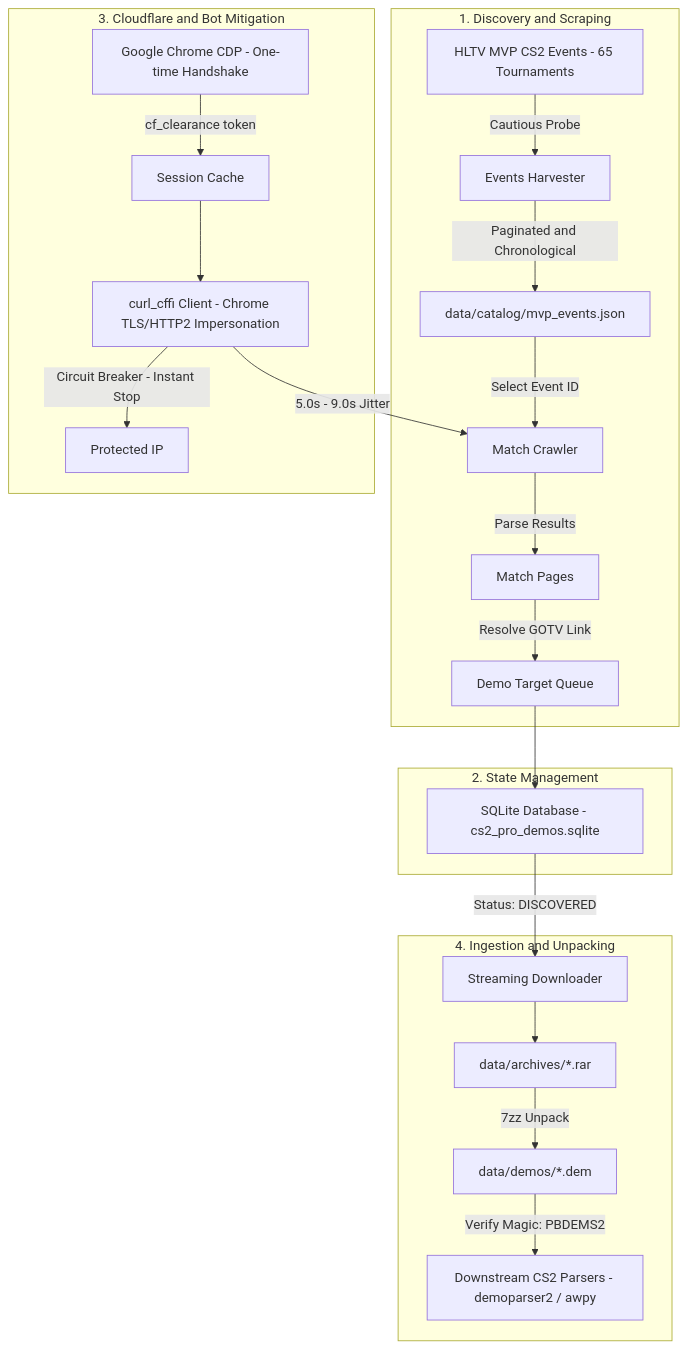
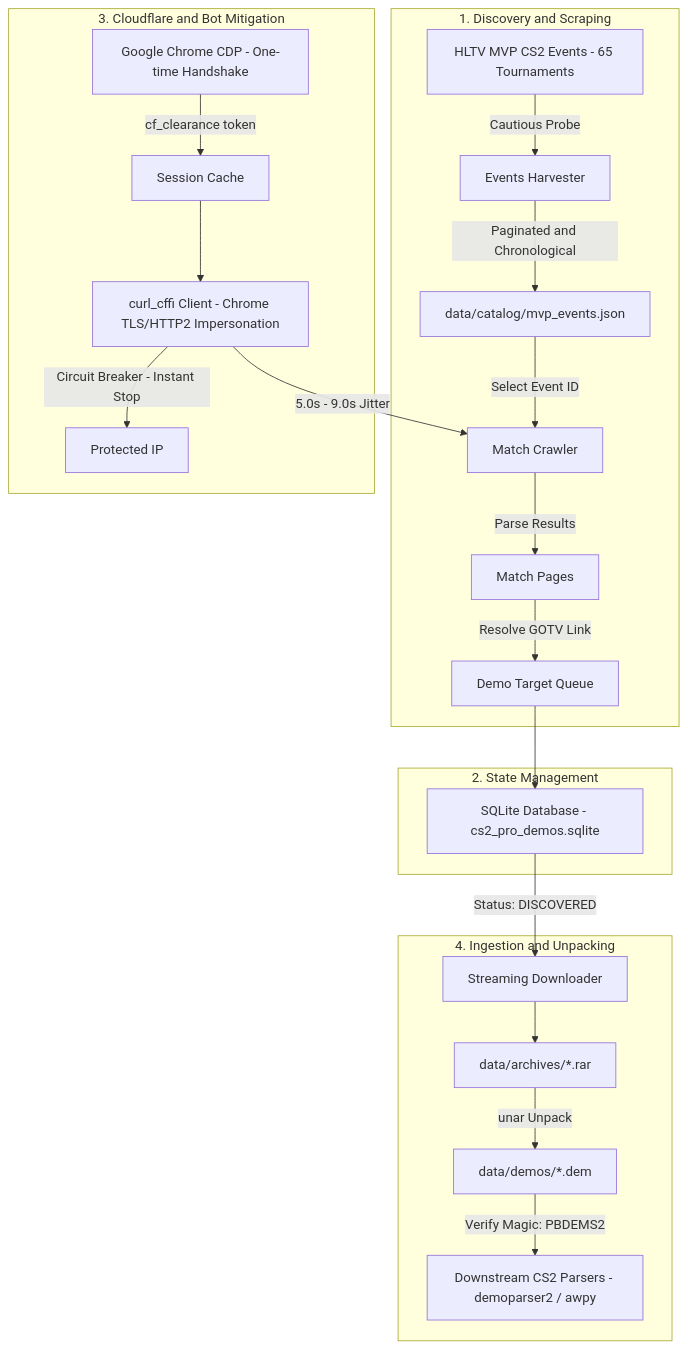
The diagram in README.md (jacekasen/cs2), drawn with Mermaid before and after one commit. The commit also changed other lines of this file and 2 other files, not shown here.

Commit message:
feat: implement streaming demo downloader and unar extractor with CS2 header verification

````diff
--- a/README.md
+++ b/README.md
@@ -11,28 +11,28 @@
 ```mermaid
 flowchart TD
     subgraph Discovery ["1. Discovery and Scraping"]
         A["HLTV MVP CS2 Events - 65 Tournaments"] -->|Cautious Probe| B["Events Harvester"]
         B -->|Paginated and Chronological| C["data/catalog/mvp_events.json"]
         C -->|Select Event ID| D["Match Crawler"]
         D -->|Parse Results| E["Match Pages"]
         E -->|Resolve GOTV Link| F["Demo Target Queue"]
     end
 
     subgraph Catalog ["2. State Management"]
         F --> G["SQLite Database - cs2_pro_demos.sqlite"]
     end
 
     subgraph Defense ["3. Cloudflare and Bot Mitigation"]
         H["Google Chrome CDP - One-time Handshake"] -->|cf_clearance token| I["Session Cache"]
         I --> J["curl_cffi Client - Chrome TLS/HTTP2 Impersonation"]
         J -->|5.0s - 9.0s Jitter| D
         J -->|Circuit Breaker - Instant Stop| K["Protected IP"]
     end
 
     subgraph Processing ["4. Ingestion and Unpacking"]
         G -->|Status: DISCOVERED| L["Streaming Downloader"]
         L --> M["data/archives/*.rar"]
-        M -->|7zz Unpack| N["data/demos/*.dem"]
+        M -->|unar Unpack| N["data/demos/*.dem"]
         N -->|Verify Magic: PBDEMS2| O["Downstream CS2 Parsers - demoparser2 / awpy"]
     end
 ```
````
